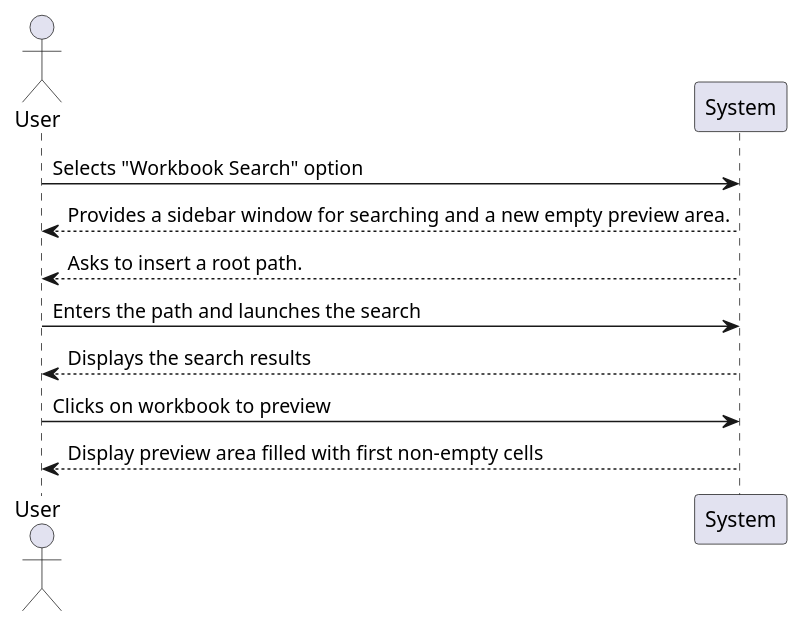
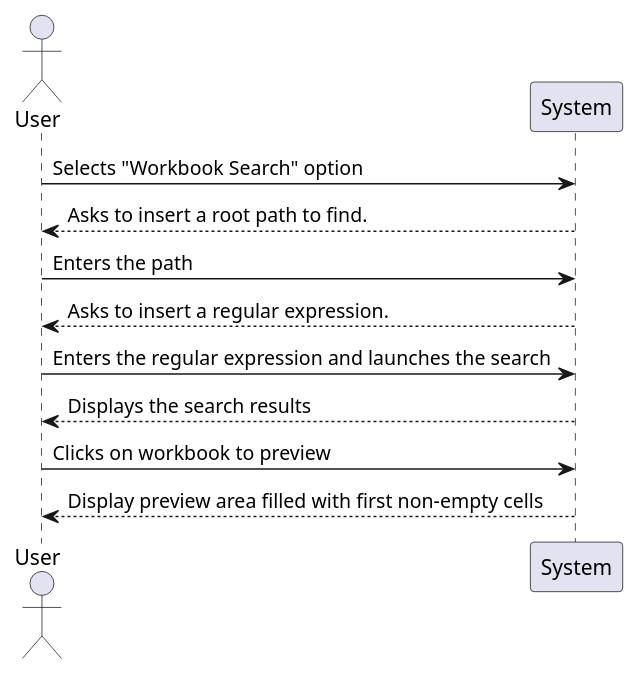
The diagram in src/main/java/lapr4/blue/s2/ipc/n1151088/advancedWorkbookSearch/ipc02_2_ssd.puml (MikeTekOn/lapr4-2017-2dd), drawn with PlantUML before and after one commit. The commit also changed 7 other files, not shown here.

```diff
--- a/src/main/java/lapr4/blue/s2/ipc/n1151088/advancedWorkbookSearch/ipc02_2_ssd.puml
+++ b/src/main/java/lapr4/blue/s2/ipc/n1151088/advancedWorkbookSearch/ipc02_2_ssd.puml
@@ -1,12 +1,13 @@
 @startuml ipc02_2_ssd.png
 
 actor User
 participant "System" as S
 User -> S : Selects "Workbook Search" option
-S --> User : Provides a sidebar window for searching and a new empty preview area.
-S --> User : Asks to insert a root path.
-User -> S : Enters the path and launches the search
+S --> User : Asks to insert a root path to find.
+User -> S : Enters the path 
+S --> User : Asks to insert a regular expression.
+User -> S : Enters the regular expression and launches the search
 S --> User : Displays the search results
 User -> S : Clicks on workbook to preview
 S --> User : Display preview area filled with first non-empty cells
 @enduml
```
